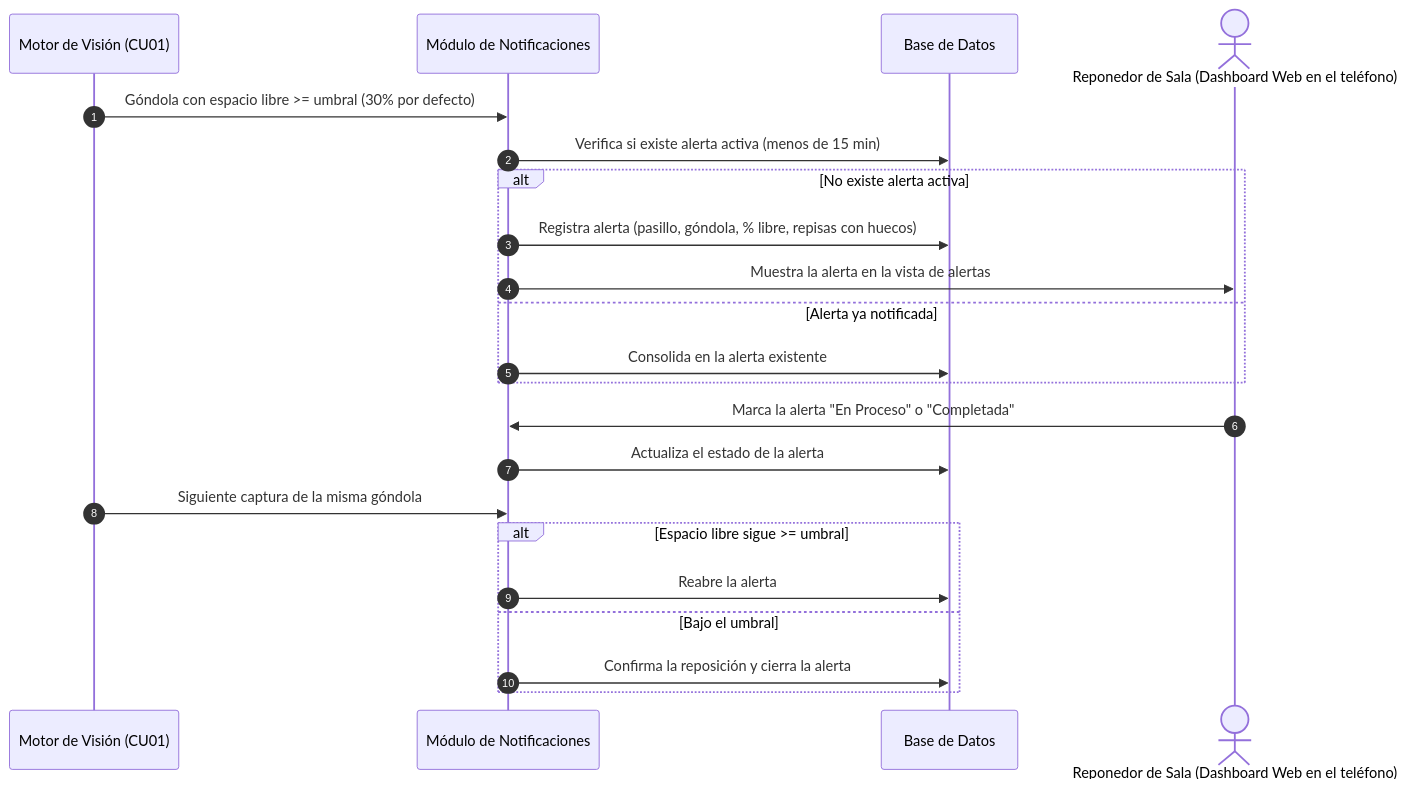
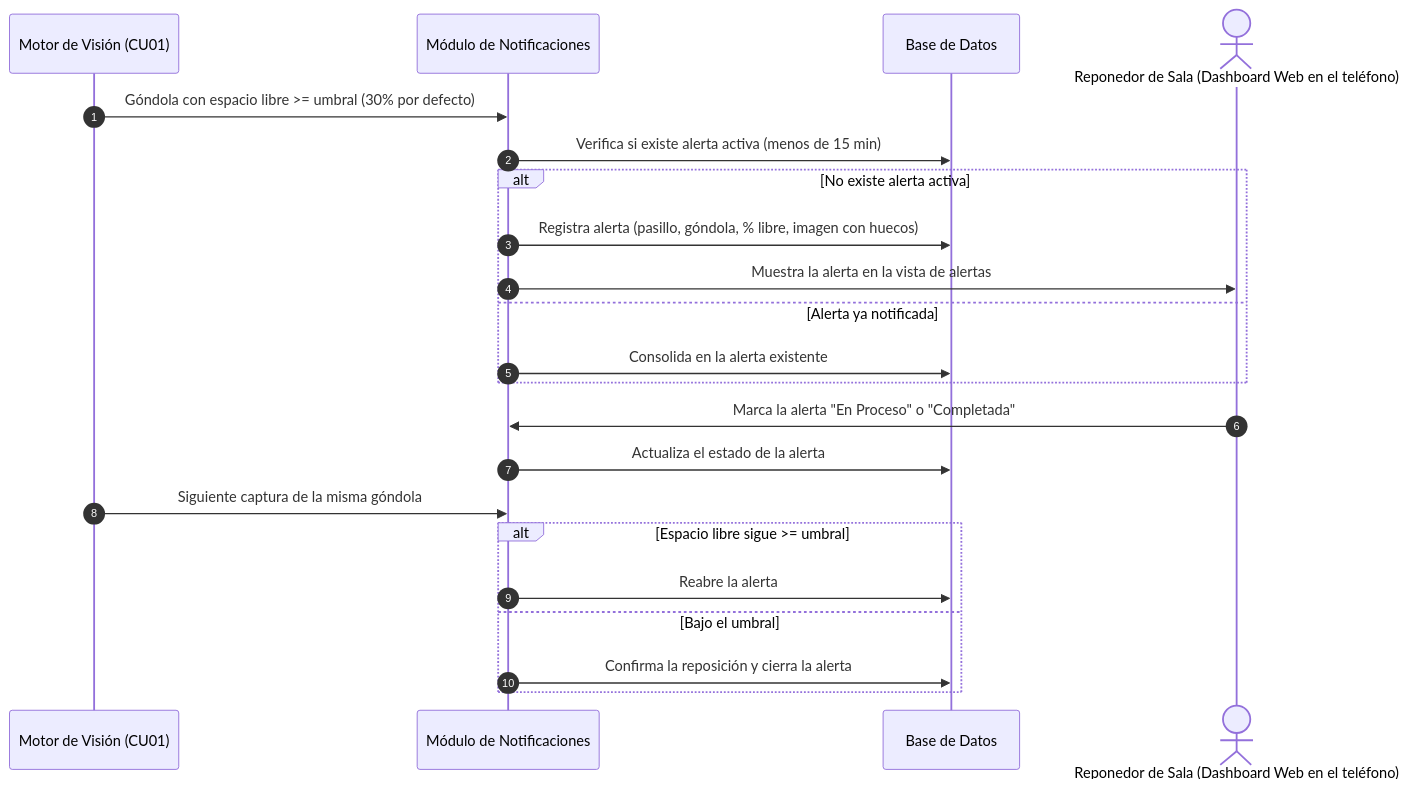
Before and after one commit to marianapeachy/capstone: the diagram in Anexos/Diseño/Diagramas fuente (Mermaid)/Diagrama C.U 02.mmd, drawn with Mermaid. The commit also changed 26 other files, not shown here.

```diff
--- a/Anexos/Diseño/Diagramas fuente (Mermaid)/Diagrama C.U 02.mmd
+++ b/Anexos/Diseño/Diagramas fuente (Mermaid)/Diagrama C.U 02.mmd
@@ -1,22 +1,22 @@
 sequenceDiagram
     autonumber
     participant Eng as Motor de Visión (CU01)
     participant Not as Módulo de Notificaciones
     participant BD as Base de Datos
     actor Rep as Reponedor de Sala (Dashboard Web en el teléfono)
     Eng->>Not: Góndola con espacio libre >= umbral (30% por defecto)
     Not->>BD: Verifica si existe alerta activa (menos de 15 min)
     alt No existe alerta activa
-        Not->>BD: Registra alerta (pasillo, góndola, % libre, repisas con huecos)
+        Not->>BD: Registra alerta (pasillo, góndola, % libre, imagen con huecos)
         Not->>Rep: Muestra la alerta en la vista de alertas
     else Alerta ya notificada
         Not->>BD: Consolida en la alerta existente
     end
     Rep->>Not: Marca la alerta "En Proceso" o "Completada"
     Not->>BD: Actualiza el estado de la alerta
     Eng->>Not: Siguiente captura de la misma góndola
     alt Espacio libre sigue >= umbral
         Not->>BD: Reabre la alerta
     else Bajo el umbral
         Not->>BD: Confirma la reposición y cierra la alerta
     end
```
